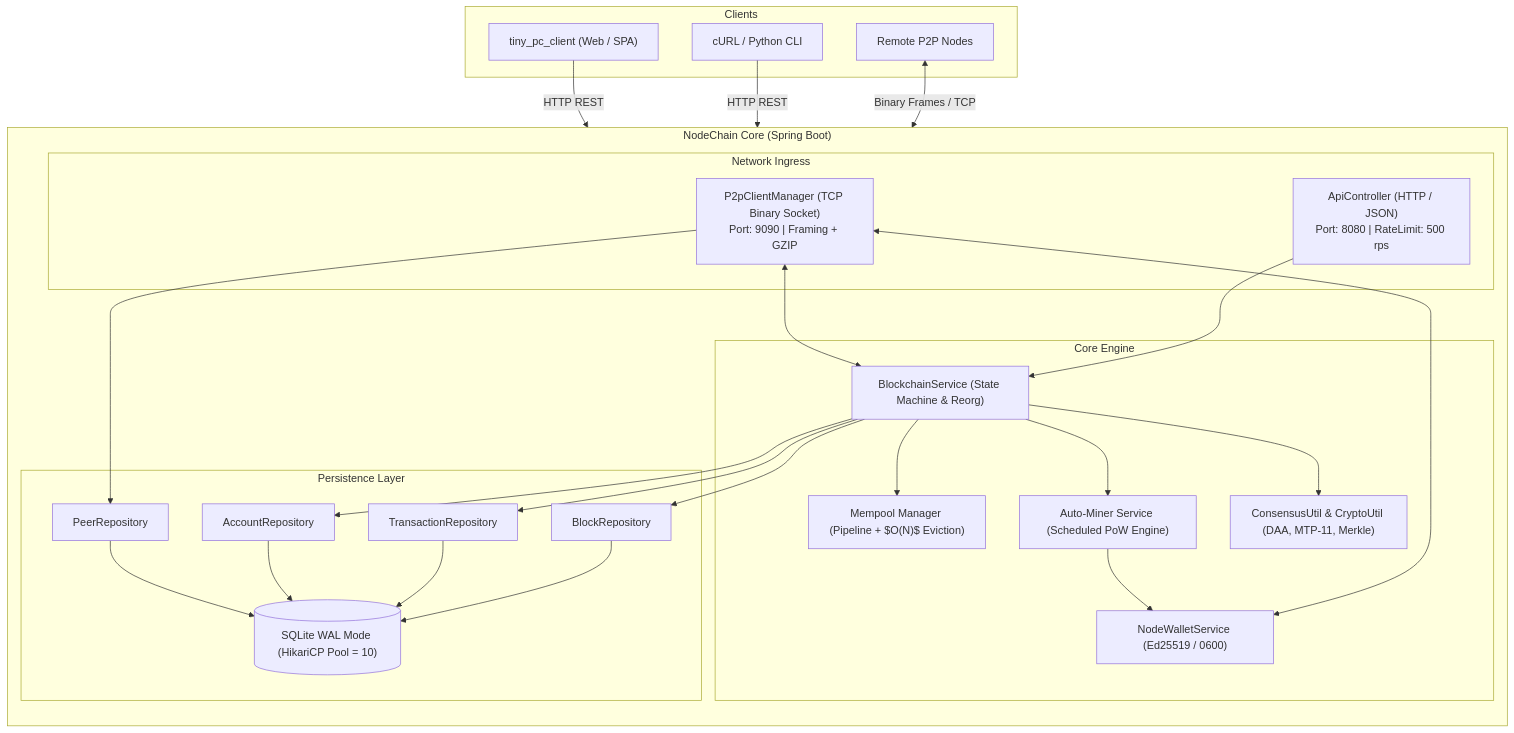
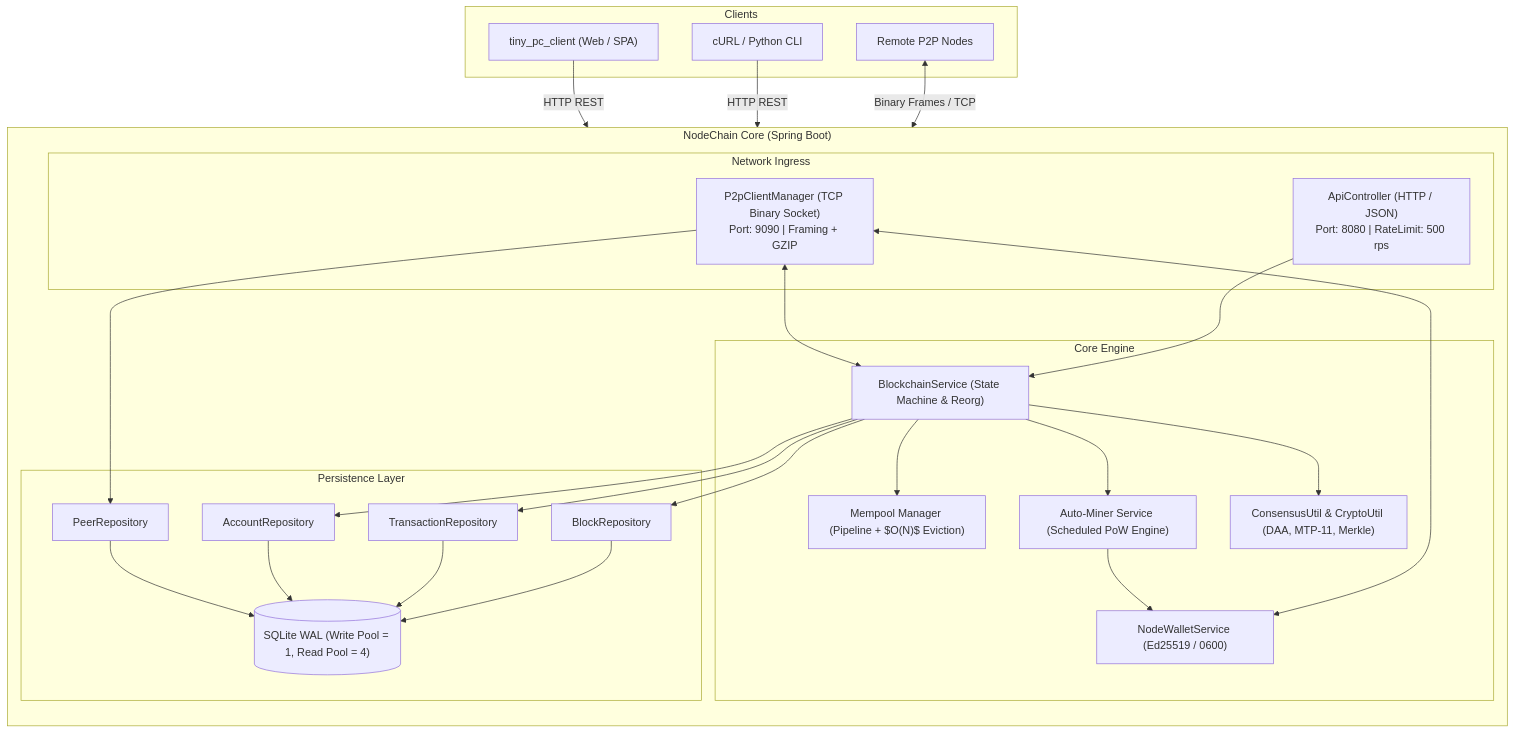
One commit to flirsys/nodechain changed the diagram in README.EN.md. Above: the diagram before and after it, drawn with Mermaid. The commit also changed other lines of this file and 10 other files, not shown here.

Commit message:
split SQLite Read/Write pools, secure P2P peer persistence, and reduce MAX_REORG_DEPTH

````diff
--- a/README.EN.md
+++ b/README.EN.md
@@ -41,56 +41,56 @@
 ```mermaid
 flowchart TB
     subgraph Clients["Clients"]
         Web["tiny_pc_client (Web / SPA)"]
         CLI[cURL / Python CLI]
         Peers[Remote P2P Nodes]
     end
 
     subgraph NodeChain["NodeChain Core (Spring Boot)"]
         direction TB
 
         subgraph Ingress["Network Ingress"]
             REST["ApiController (HTTP / JSON)\nPort: 8080 | RateLimit: 500 rps"]
             P2P["P2pClientManager (TCP Binary Socket)\nPort: 9090 | Framing + GZIP"]
         end
 
         subgraph Engine["Core Engine"]
             Wallet["NodeWalletService (Ed25519 / 0600)"]
             Mempool["Mempool Manager (Pipeline + $O(N)$ Eviction)"]
             Miner["Auto-Miner Service (Scheduled PoW Engine)"]
             Blockchain["BlockchainService (State Machine & Reorg)"]
             Consensus["ConsensusUtil & CryptoUtil (DAA, MTP-11, Merkle)"]
         end
 
         subgraph Storage["Persistence Layer"]
             RepoBlock["BlockRepository"]
             RepoTx["TransactionRepository"]
             RepoAcc["AccountRepository"]
             RepoPeer["PeerRepository"]
-            SQLite[("SQLite WAL Mode (HikariCP Pool = 10)")]
+            SQLite[("SQLite WAL (Write Pool = 1, Read Pool = 4)")]
         end
     end
 
     Web -->|HTTP REST| REST
     CLI -->|HTTP REST| REST
     Peers <-->|Binary Frames / TCP| P2P
 
     REST --> Blockchain
     P2P <--> Blockchain
     P2P <--> Wallet
 
     Blockchain --> Mempool
     Blockchain --> Miner
     Blockchain --> Consensus
     Miner --> Wallet
 
     Blockchain --> RepoBlock
     Blockchain --> RepoTx
     Blockchain --> RepoAcc
     P2P --> RepoPeer
 
     RepoBlock --> SQLite
     RepoTx --> SQLite
     RepoAcc --> SQLite
     RepoPeer --> SQLite
 ```
````
